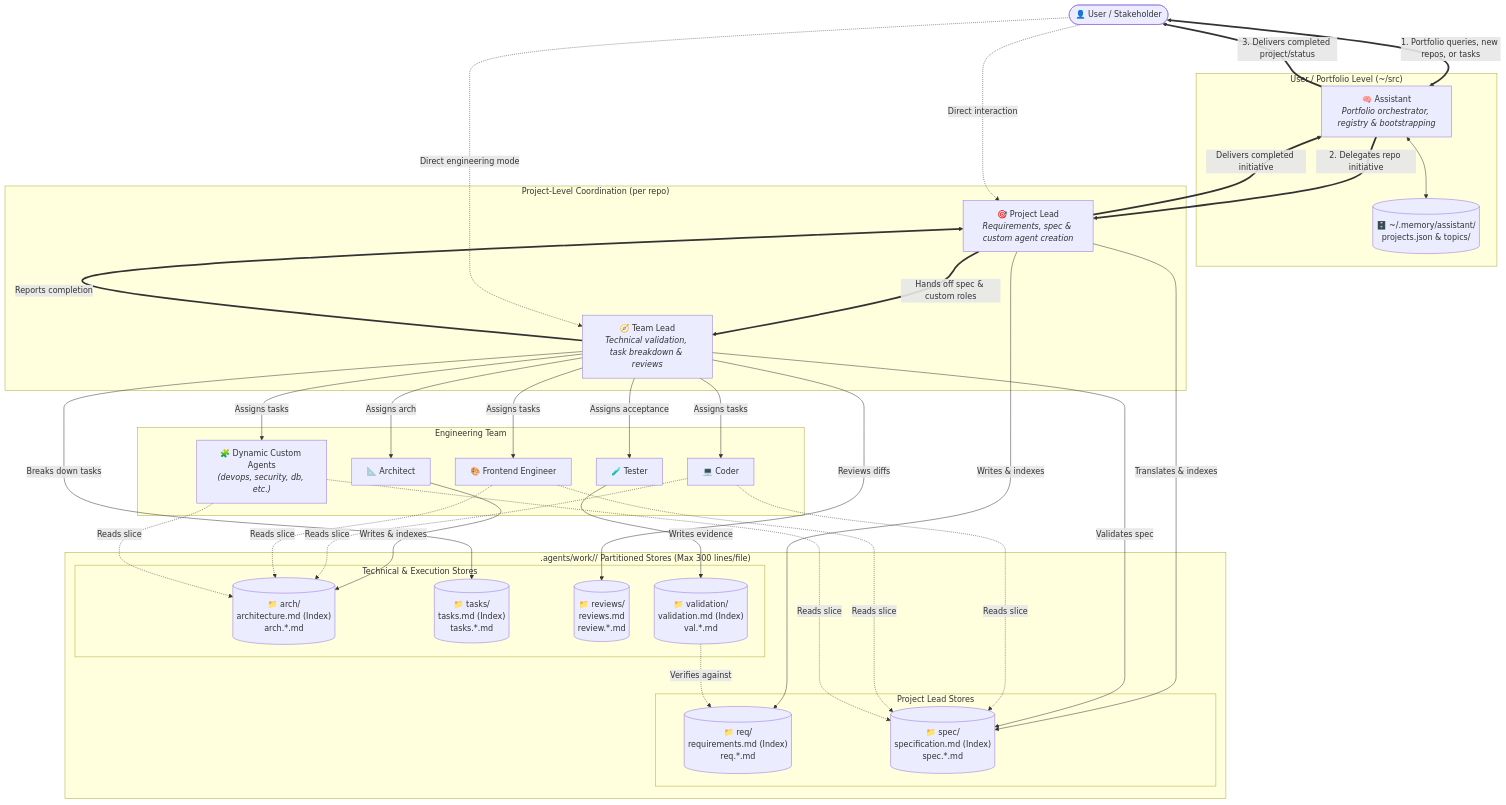
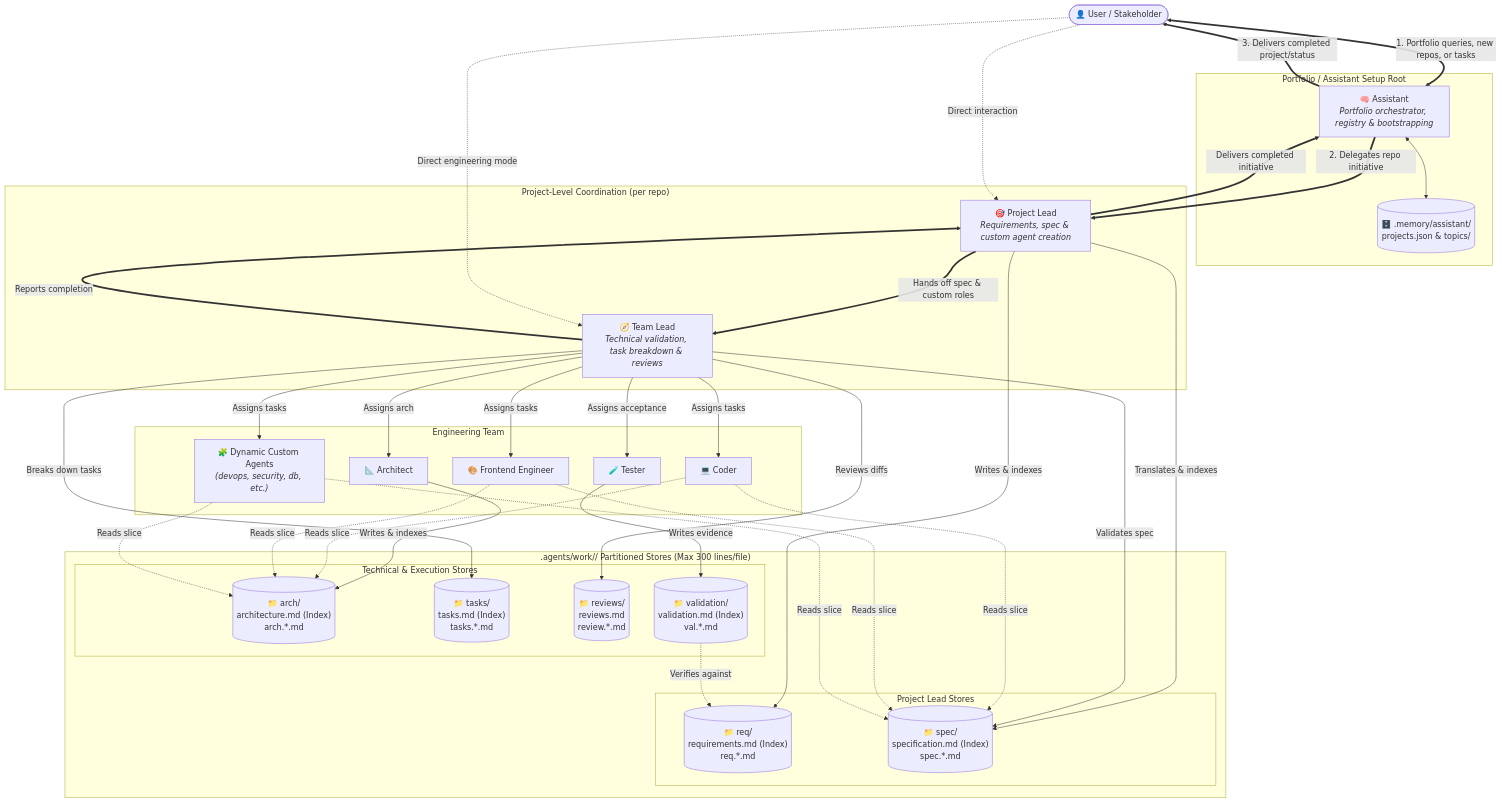
The diagram in README.md (mkArtak/agents-and-skills), drawn with Mermaid before and after one commit. The commit also changed other lines of this file and 7 other files, not shown here.

First line of the commit message:
fix: remove hardcoded physical paths and use setup-root relative memory

````diff
--- a/README.md
+++ b/README.md
@@ -90,64 +90,64 @@
 ```mermaid
 flowchart TD
     User(["👤 User / Stakeholder"])
 
-    subgraph Portfolio ["User / Portfolio Level (~/src)"]
+    subgraph Portfolio ["Portfolio / Assistant Setup Root"]
         AST["🧠 Assistant<br/><i>Portfolio orchestrator, registry & bootstrapping</i>"]
-        PORT_MEM[("🗄️ ~/.memory/assistant/<br/>projects.json & topics/")]
+        PORT_MEM[("🗄️ .memory/assistant/<br/>projects.json & topics/")]
     end
 
     subgraph Coordination ["Project-Level Coordination (per repo)"]
         PL["🎯 Project Lead<br/><i>Requirements, spec & custom agent creation</i>"]
         TL["🧭 Team Lead<br/><i>Technical validation, task breakdown & reviews</i>"]
     end
 
     subgraph Storage [".agents/work/<slug>/ Partitioned Stores (Max 300 lines/file)"]
         subgraph S_PL ["Project Lead Stores"]
             REQ[("📁 req/<br/>requirements.md (Index)<br/>req.*.md")]
             SPEC[("📁 spec/<br/>specification.md (Index)<br/>spec.*.md")]
         end
         subgraph S_TECH ["Technical & Execution Stores"]
             ARCH_S[("📁 arch/<br/>architecture.md (Index)<br/>arch.*.md")]
             TASKS_S[("📁 tasks/<br/>tasks.md (Index)<br/>tasks.*.md")]
             REVIEWS_S[("📁 reviews/<br/>reviews.md<br/>review.*.md")]
             VAL_S[("📁 validation/<br/>validation.md (Index)<br/>val.*.md")]
         end
     end
 
     subgraph Execution ["Engineering Team"]
         ARCH["📐 Architect"]
         CODE["💻 Coder"]
         FE["🎨 Frontend Engineer"]
         TEST["🧪 Tester"]
         CUSTOM["🧩 Dynamic Custom Agents<br/><i>(devops, security, db, etc.)</i>"]
     end
 
     %% Portfolio & User Flow
     User <==>|"1. Portfolio queries, new repos, or tasks"| AST
     AST <--> PORT_MEM
     AST ==>|"2. Delegates repo initiative"| PL
     User -.->|"Direct interaction"| PL
 
     %% Requirements & Specs
     PL -->|"Writes & indexes"| REQ
     PL -->|"Translates & indexes"| SPEC
     PL ==>|"Hands off spec & custom roles"| TL
 
     %% Technical Execution
     TL -->|"Validates spec"| SPEC
     TL -->|"Assigns arch"| ARCH
     ARCH -->|"Writes & indexes"| ARCH_S
     TL -->|"Breaks down tasks"| TASKS_S
     TL -->|"Assigns tasks"| CODE & FE & CUSTOM
     CODE & FE & CUSTOM -.->|"Reads slice"| SPEC & ARCH_S
     TL -->|"Reviews diffs"| REVIEWS_S
     TL -->|"Assigns acceptance"| TEST
     TEST -->|"Writes evidence"| VAL_S
     VAL_S -.->|"Verifies against"| REQ
 
     %% Completion & Escalation
     TL ==>|"Reports completion"| PL
     PL ==>|"Delivers completed initiative"| AST
     AST ==>|"3. Delivers completed project/status"| User
     User -.->|"Direct engineering mode"| TL
 ```
````
